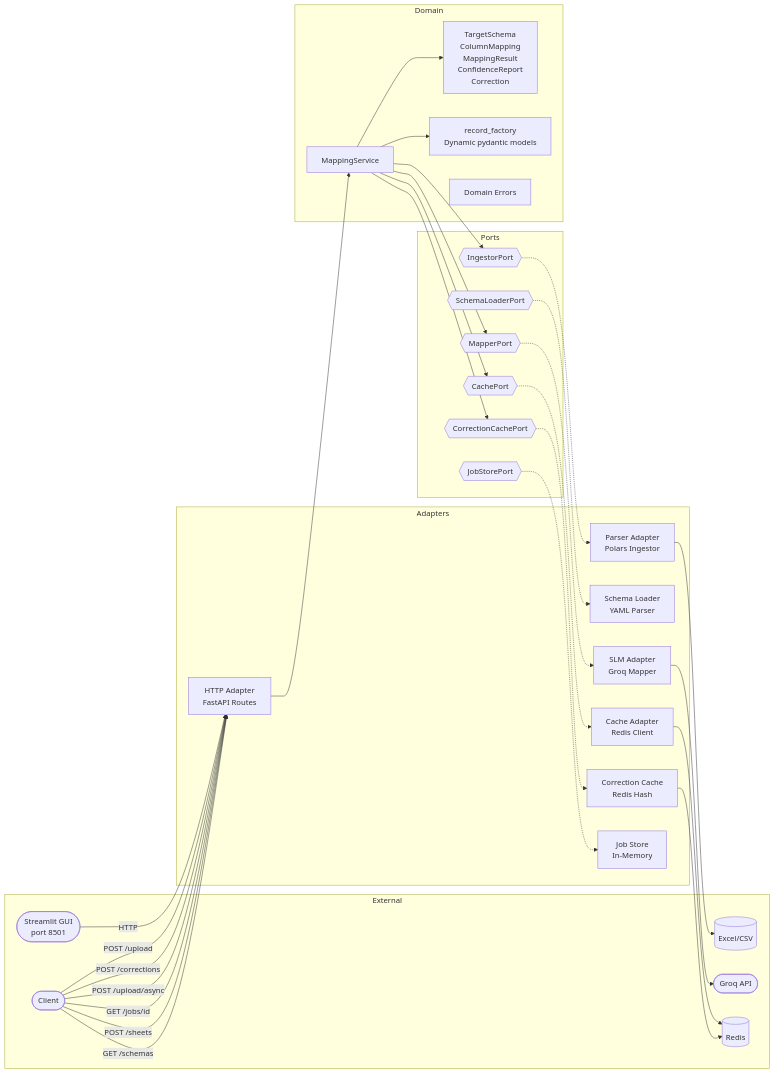
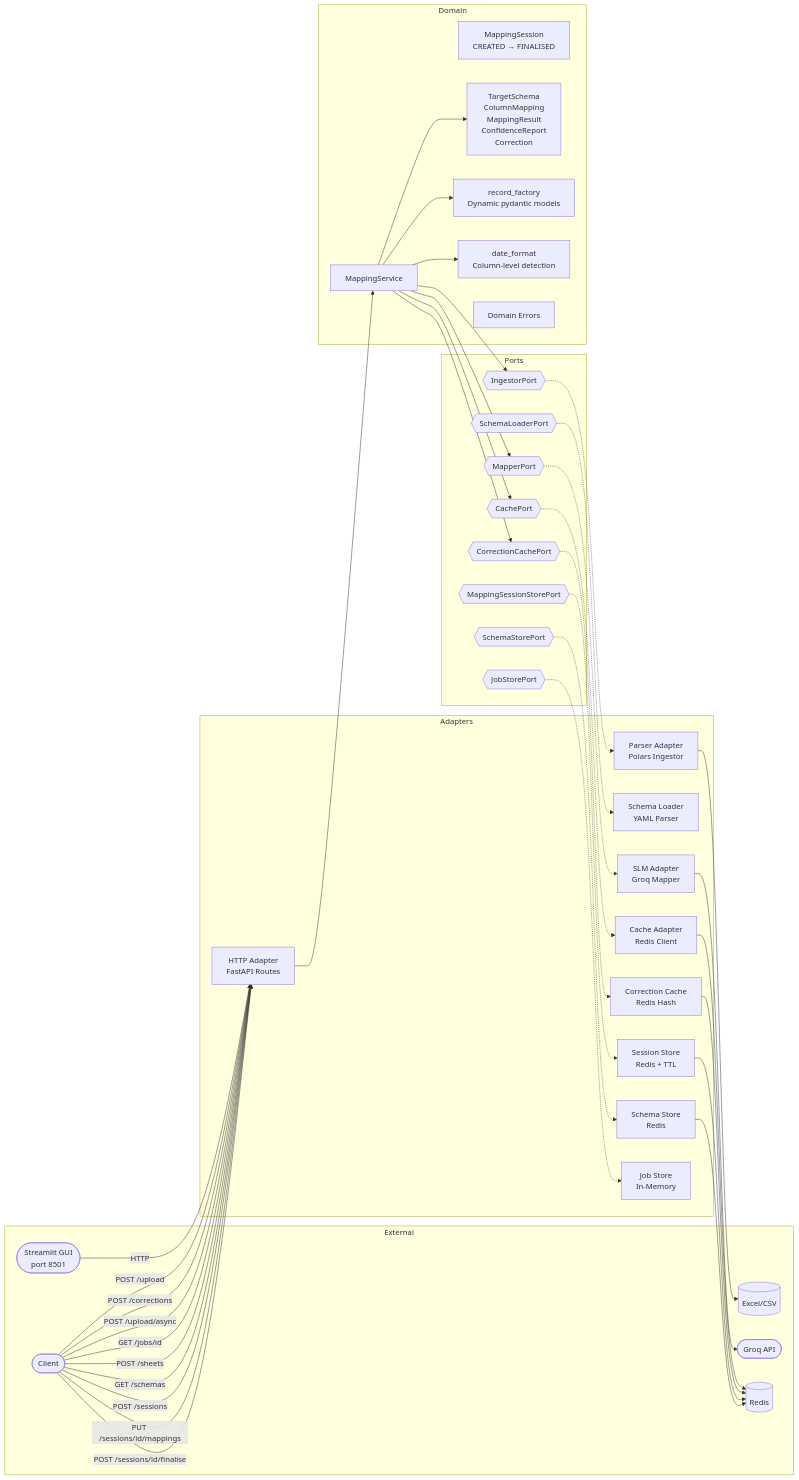
The diagram in README.md (ricjhill/riskflow), drawn with Mermaid before and after one commit. The commit also changed other lines of this file, not shown here.

First line of the commit message:
Update README with session API, schema CRUD, and architecture changes

````diff
--- a/README.md
+++ b/README.md
@@ -80,61 +80,75 @@
 ```mermaid
 graph LR
     subgraph External
         Client([Client])
         GUI([Streamlit GUI<br>port 8501])
         Excel[(Excel/CSV)]
         Groq([Groq API])
         Redis[(Redis)]
     end
 
     subgraph Adapters
         HTTP[HTTP Adapter<br>FastAPI Routes]
         Parser[Parser Adapter<br>Polars Ingestor]
         SchemaLoader[Schema Loader<br>YAML Parser]
         SLM[SLM Adapter<br>Groq Mapper]
         Cache[Cache Adapter<br>Redis Client]
         CorrCache[Correction Cache<br>Redis Hash]
+        SessionStore[Session Store<br>Redis + TTL]
+        SchemaStore[Schema Store<br>Redis]
         JobStore[Job Store<br>In-Memory]
     end
 
     subgraph Ports
         IngestorPort{{IngestorPort}}
         MapperPort{{MapperPort}}
         CachePort{{CachePort}}
         CorrectionCachePort{{CorrectionCachePort}}
+        SessionStorePort{{MappingSessionStorePort}}
+        SchemaStorePort{{SchemaStorePort}}
         JobStorePort{{JobStorePort}}
         SchemaLoaderPort{{SchemaLoaderPort}}
     end
 
     subgraph Domain
         Service[MappingService]
+        Session[MappingSession<br>CREATED → FINALISED]
         Models[TargetSchema<br>ColumnMapping<br>MappingResult<br>ConfidenceReport<br>Correction]
         RecordFactory[record_factory<br>Dynamic pydantic models]
+        DateFormat[date_format<br>Column-level detection]
         Errors[Domain Errors]
     end
 
     GUI -->|HTTP| HTTP
     Client -->|POST /upload| HTTP
     Client -->|POST /corrections| HTTP
     Client -->|POST /upload/async| HTTP
     Client -->|GET /jobs/id| HTTP
     Client -->|POST /sheets| HTTP
     Client -->|GET /schemas| HTTP
+    Client -->|POST /sessions| HTTP
+    Client -->|PUT /sessions/id/mappings| HTTP
+    Client -->|POST /sessions/id/finalise| HTTP
     HTTP --> Service
     Service --> IngestorPort
     Service --> MapperPort
     Service --> CachePort
     Service --> CorrectionCachePort
     Service --> RecordFactory
     Service --> Models
+    Service --> DateFormat
     IngestorPort -.-> Parser
     MapperPort -.-> SLM
     CachePort -.-> Cache
     CorrectionCachePort -.-> CorrCache
+    SessionStorePort -.-> SessionStore
+    SchemaStorePort -.-> SchemaStore
     JobStorePort -.-> JobStore
     SchemaLoaderPort -.-> SchemaLoader
     Parser --> Excel
     SLM --> Groq
     Cache --> Redis
     CorrCache --> Redis
+    SessionStore --> Redis
+    SchemaStore --> Redis
 ```
````
